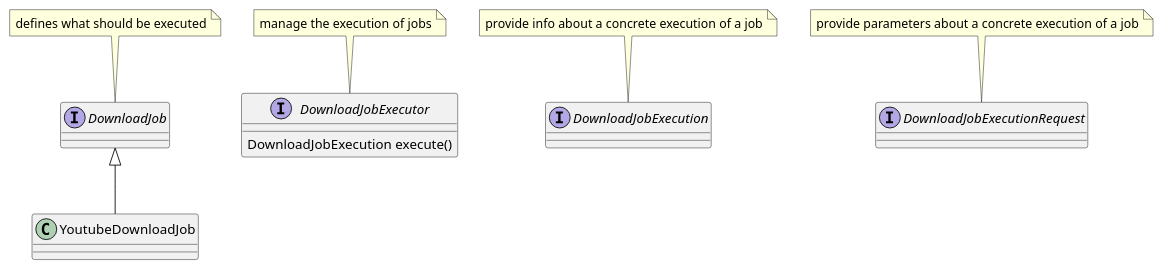
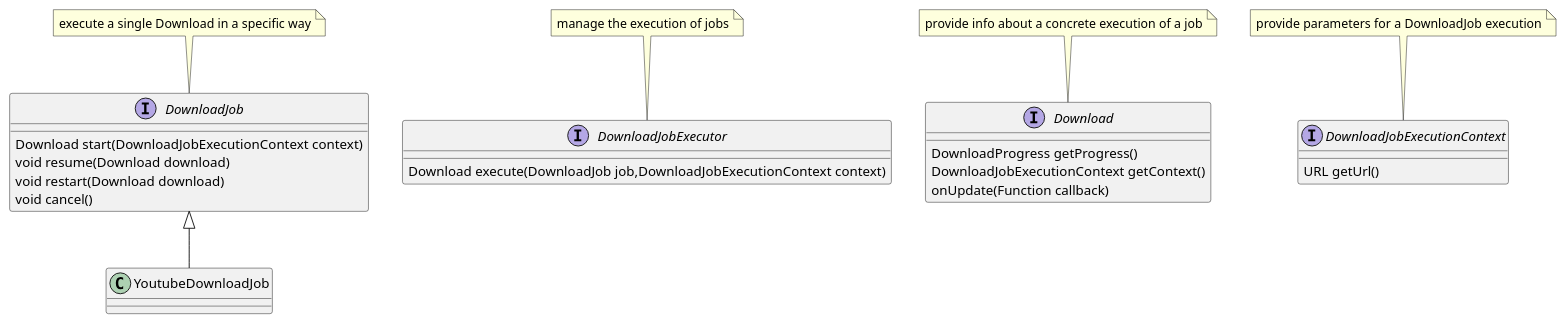
The diagram in doc/src/doc/uml/job.puml (lumue/getdown), drawn with PlantUML before and after one commit. The commit also changed 2 other files, not shown here.

```diff
--- a/doc/src/doc/uml/job.puml
+++ b/doc/src/doc/uml/job.puml
@@ -1,20 +1,30 @@
 @startuml
+interface DownloadJob{
+    Download start(DownloadJobExecutionContext context)
+    void resume(Download download)
+    void restart(Download download)
+    void cancel()
+}
+note top:execute a single Download in a specific way
 
-
-interface DownloadJob
-note top:defines what should be executed
 class YoutubeDownloadJob
 YoutubeDownloadJob -up-|> DownloadJob
 
 interface DownloadJobExecutor{
-    DownloadJobExecution execute()
+    Download execute(DownloadJob job,DownloadJobExecutionContext context)
 }
 note top:manage the execution of jobs
 
-interface DownloadJobExecution
+interface Download{
+    DownloadProgress getProgress()
+    DownloadJobExecutionContext getContext()
+    onUpdate(Function callback)
+}
 note top:provide info about a concrete execution of a job
 
-interface DownloadJobExecutionRequest
-note top:provide parameters about a concrete execution of a job
+interface DownloadJobExecutionContext{
+    URL getUrl()
+}
+note top:provide parameters for a DownloadJob execution
 
 @enduml
```
